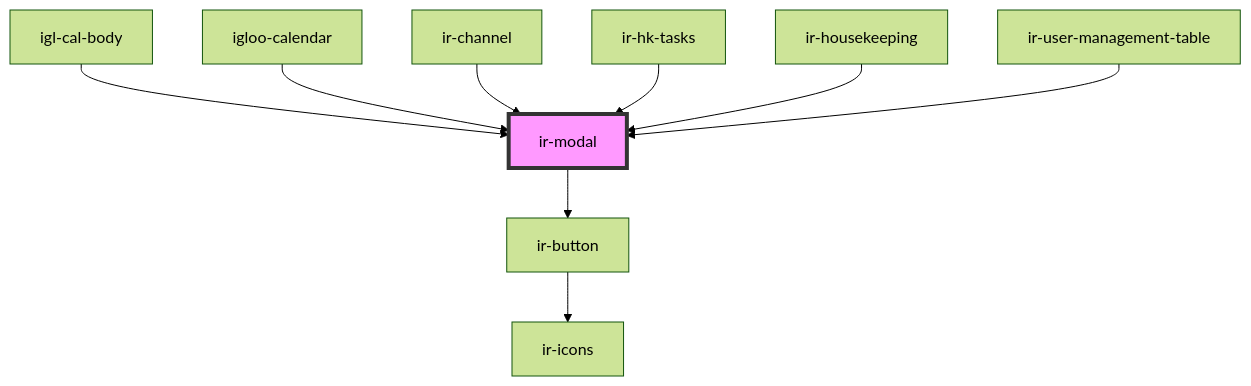
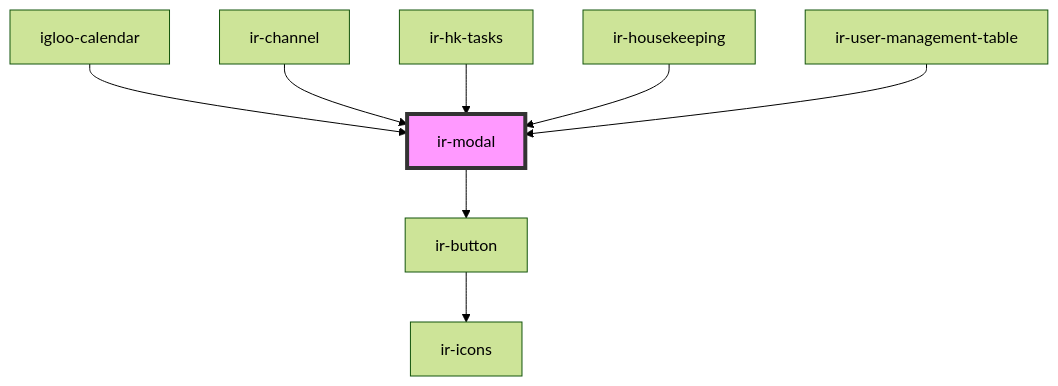
Before and after one commit to RonyRizk/ir-webcmp: the diagram in src/components/ui/ir-modal/readme.md, drawn with Mermaid (forest theme). The commit also changed other lines of this file and 235 other files, not shown here.

````diff
--- a/src/components/ui/ir-modal/readme.md
+++ b/src/components/ui/ir-modal/readme.md
@@ -87,12 +86,11 @@
 ```mermaid
 graph TD;
   ir-modal --> ir-button
   ir-button --> ir-icons
-  igl-cal-body --> ir-modal
   igloo-calendar --> ir-modal
   ir-channel --> ir-modal
   ir-hk-tasks --> ir-modal
   ir-housekeeping --> ir-modal
   ir-user-management-table --> ir-modal
   style ir-modal fill:#f9f,stroke:#333,stroke-width:4px
 ```
````
